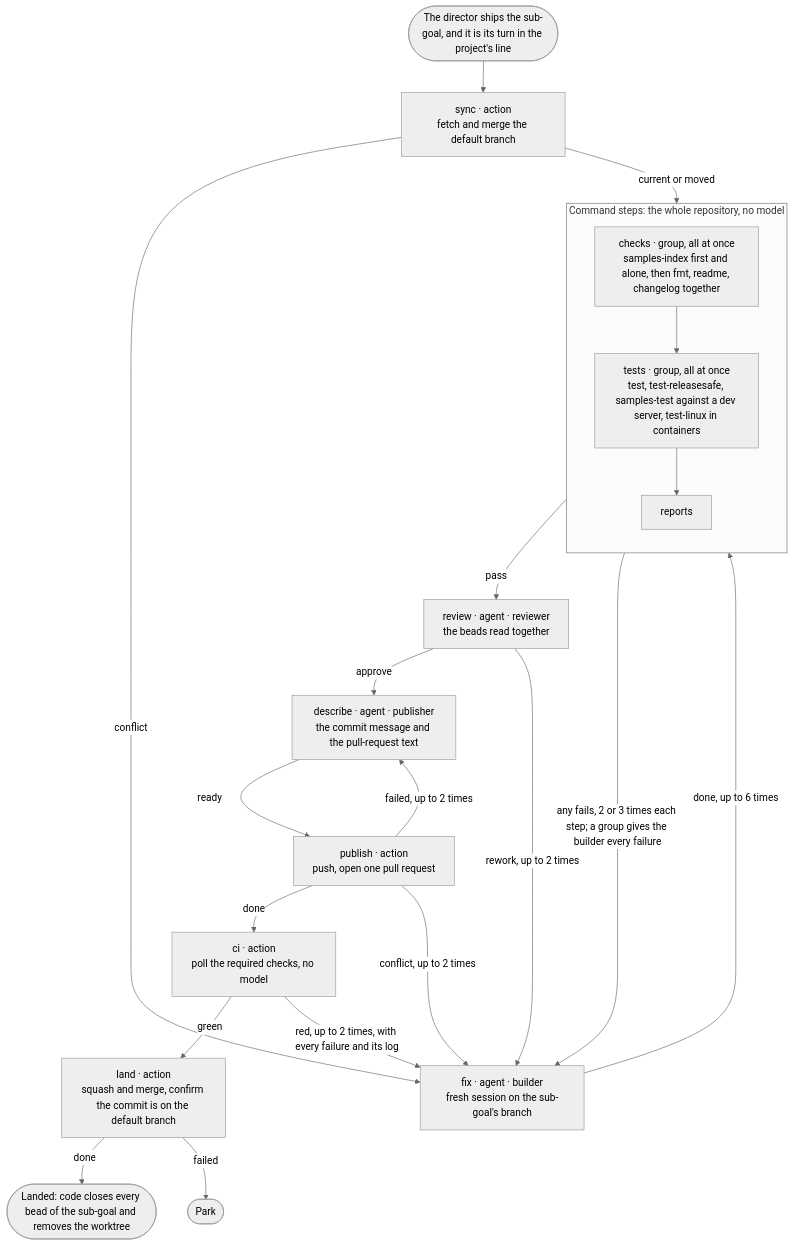
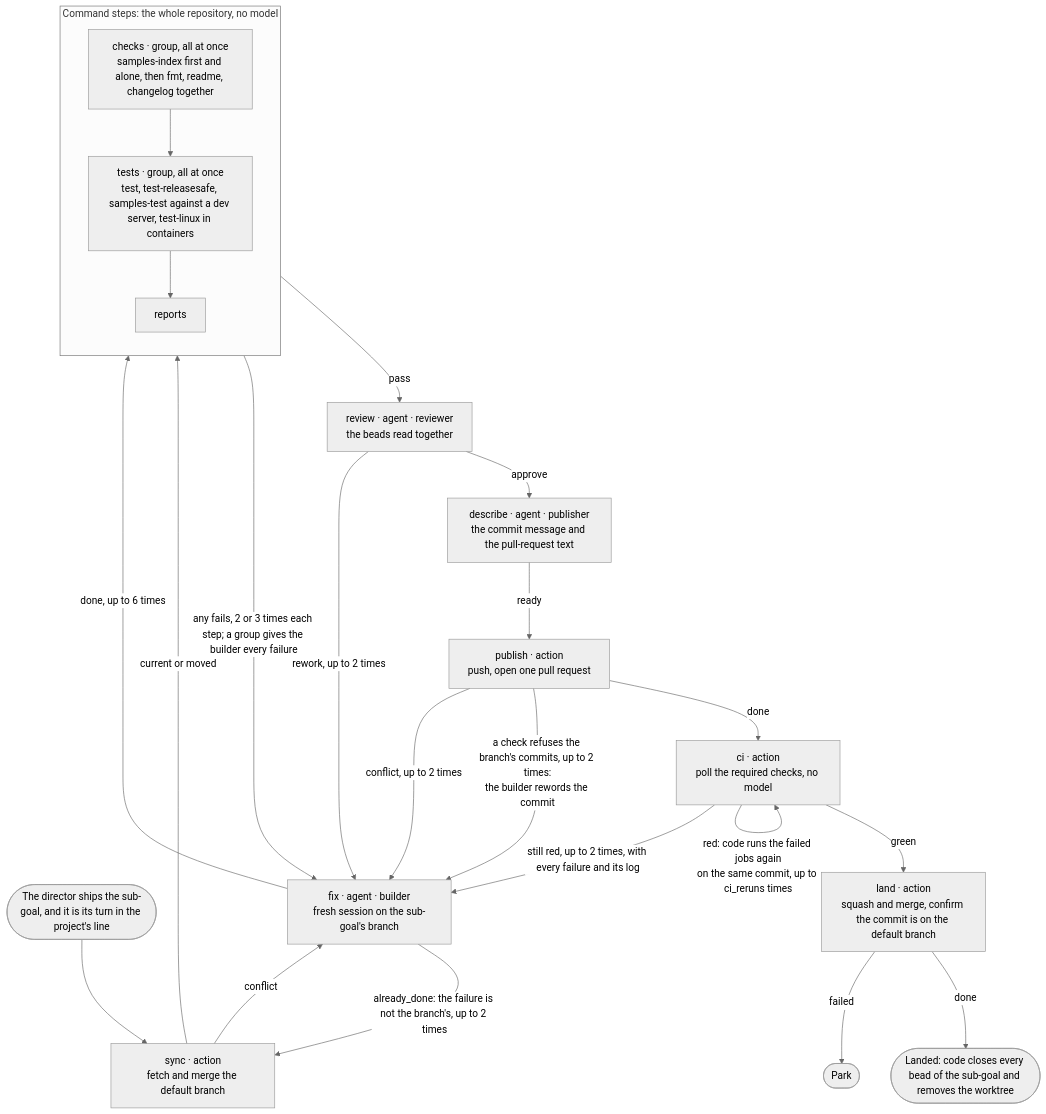
One commit to mikeacjones/software-factory changed the fourth of 7 diagrams in docs/how-it-works.md. Above: the diagram before and after it, drawn with Mermaid (neutral theme). The commit also changed other lines of this file and 18 other files, not shown here.

````diff
--- a/docs/how-it-works.md
+++ b/docs/how-it-works.md
@@ -166,26 +166,28 @@
 ```mermaid
 flowchart TD
     start(["The director ships the sub-goal, and it is its turn in the project's line"]) --> sync["sync · action<br/>fetch and merge the default branch"]
     sync -->|"current or moved"| checks
     sync -->|"conflict"| fix
 
     subgraph commands["Command steps: the whole repository, no model"]
         direction TB
         checks["checks · group, all at once<br/>samples-index first and alone, then fmt, readme, changelog together"] --> tests["tests · group, all at once<br/>test, test-releasesafe, samples-test against a dev server, test-linux in containers"]
         tests --> reports["reports"]
     end
 
     reports -->|"pass"| review
     commands -->|"any fails, 2 or 3 times each step; a group gives the builder every failure"| fix
     review["review · agent · reviewer<br/>the beads read together"] -->|"approve"| describe
     review -->|"rework, up to 2 times"| fix
     fix["fix · agent · builder<br/>fresh session on the sub-goal's branch"] -->|"done, up to 6 times"| checks
     describe["describe · agent · publisher<br/>the commit message and the pull-request text"] -->|"ready"| publish
     publish["publish · action<br/>push, open one pull request"] -->|"done"| ci
-    publish -->|"failed, up to 2 times"| describe
+    publish -->|"a check refuses the branch's commits, up to 2 times:<br/>the builder rewords the commit"| fix
     publish -->|"conflict, up to 2 times"| fix
     ci["ci · action<br/>poll the required checks, no model"] -->|"green"| land
-    ci -->|"red, up to 2 times, with every failure and its log"| fix
+    ci -->|"red: code runs the failed jobs again<br/>on the same commit, up to ci_reruns times"| ci
+    ci -->|"still red, up to 2 times, with every failure and its log"| fix
+    fix -->|"already_done: the failure is not the branch's, up to 2 times"| sync
     land["land · action<br/>squash and merge, confirm the commit is on the default branch"] -->|"done"| landed(["Landed: code closes every bead of the sub-goal and removes the worktree"])
     land -->|"failed"| park(["Park"])
 ```
````
